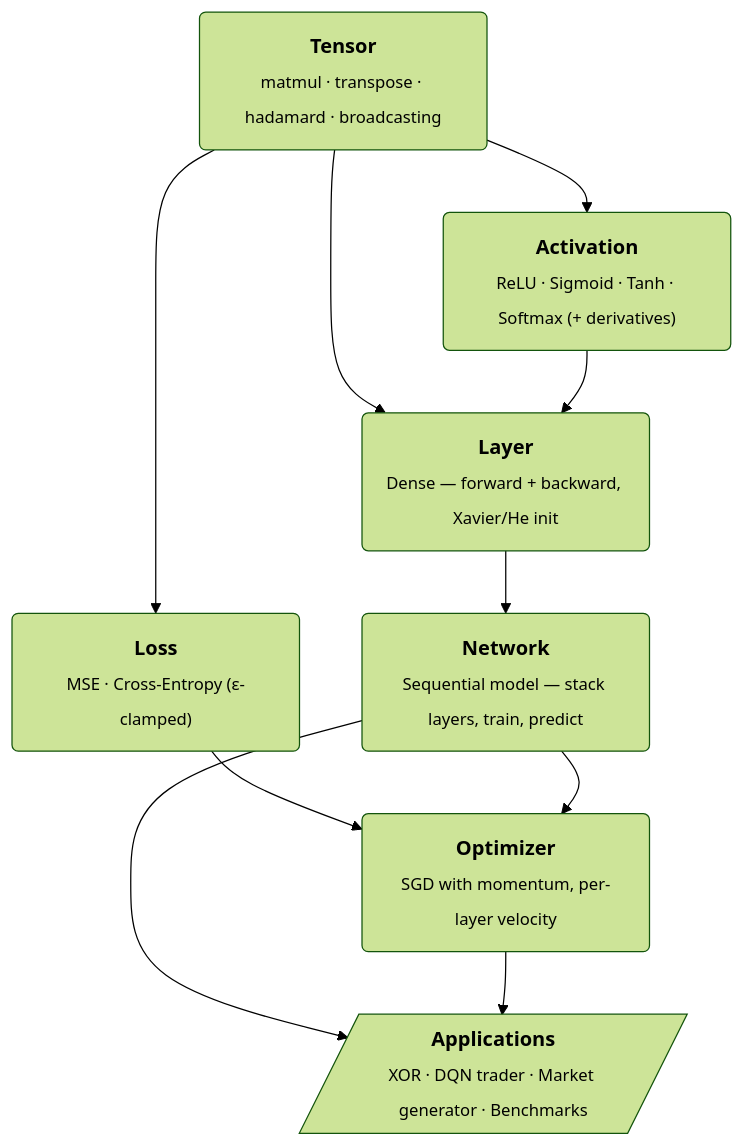
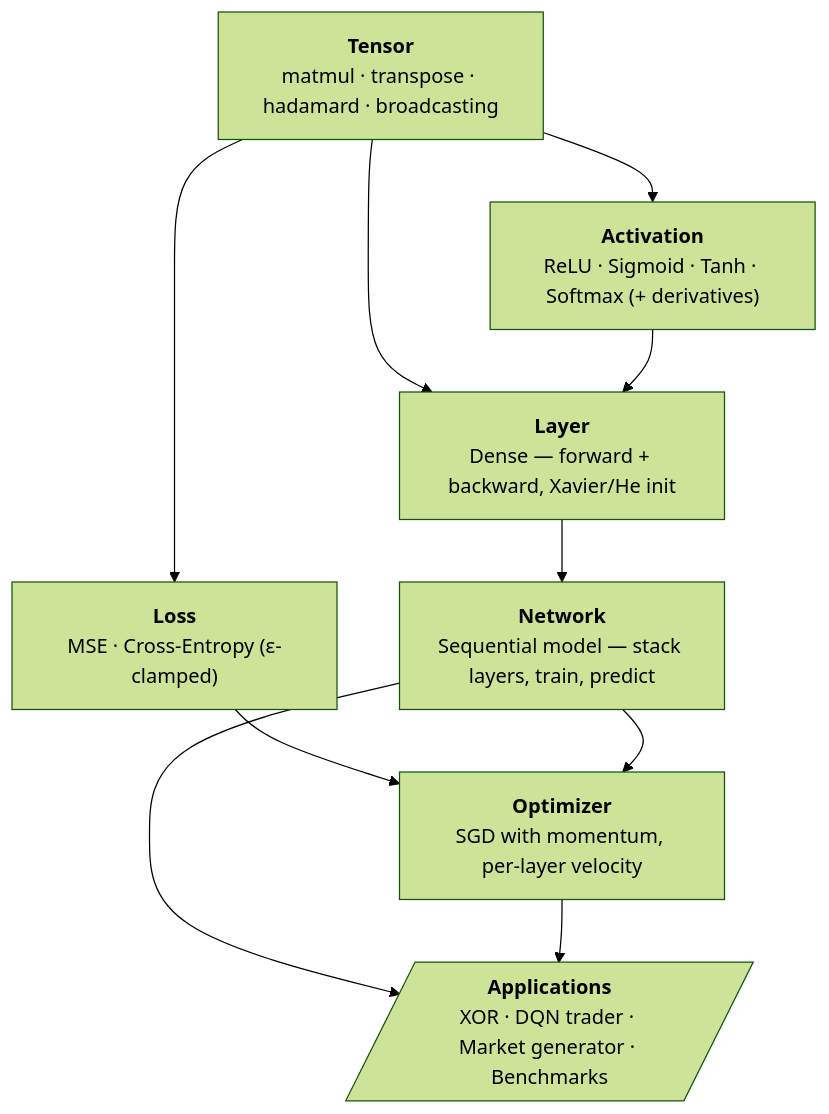
One commit to Builder106/qforge changed the diagram in README.md. Above: the diagram before and after it, drawn with Mermaid (forest theme).

Commit message:
fix(README): repair Mermaid architecture diagram render on GitHub
Drop the %%{init}%% curve directive and swap HTML <b>/<br>/<sub>
labels for Mermaid's native markdown-string syntax. GitHub's renderer
was throwing 'Cannot read properties of undefined (reading render)'
on the init directive.

````diff
--- a/README.md
+++ b/README.md
@@ -90,21 +90,27 @@
 ```mermaid
-%%{init: {'flowchart': {'curve': 'basis'}}}%%
 flowchart TB
-    Tensor("<b>Tensor</b><br/><sub>matmul · transpose · hadamard · broadcasting</sub>")
-    Activation("<b>Activation</b><br/><sub>ReLU · Sigmoid · Tanh · Softmax (+ derivatives)</sub>")
-    Loss("<b>Loss</b><br/><sub>MSE · Cross-Entropy (ε-clamped)</sub>")
-    Layer("<b>Layer</b><br/><sub>Dense — forward + backward, Xavier/He init</sub>")
-    Network("<b>Network</b><br/><sub>Sequential model — stack layers, train, predict</sub>")
-    Optimizer("<b>Optimizer</b><br/><sub>SGD with momentum, per-layer velocity</sub>")
-    Apps[/"<b>Applications</b><br/><sub>XOR · DQN trader · Market generator · Benchmarks</sub>"/]
+    Tensor["`**Tensor**
+    matmul · transpose · hadamard · broadcasting`"]
+    Activation["`**Activation**
+    ReLU · Sigmoid · Tanh · Softmax (+ derivatives)`"]
+    Loss["`**Loss**
+    MSE · Cross-Entropy (ε-clamped)`"]
+    Layer["`**Layer**
+    Dense — forward + backward, Xavier/He init`"]
+    Network["`**Network**
+    Sequential model — stack layers, train, predict`"]
+    Optimizer["`**Optimizer**
+    SGD with momentum, per-layer velocity`"]
+    Apps[/"`**Applications**
+    XOR · DQN trader · Market generator · Benchmarks`"/]
 
     Tensor --> Activation
     Tensor --> Loss
     Tensor --> Layer
     Activation --> Layer
     Layer --> Network
     Loss --> Optimizer
     Network --> Optimizer
     Network --> Apps
     Optimizer --> Apps
 ```
````
